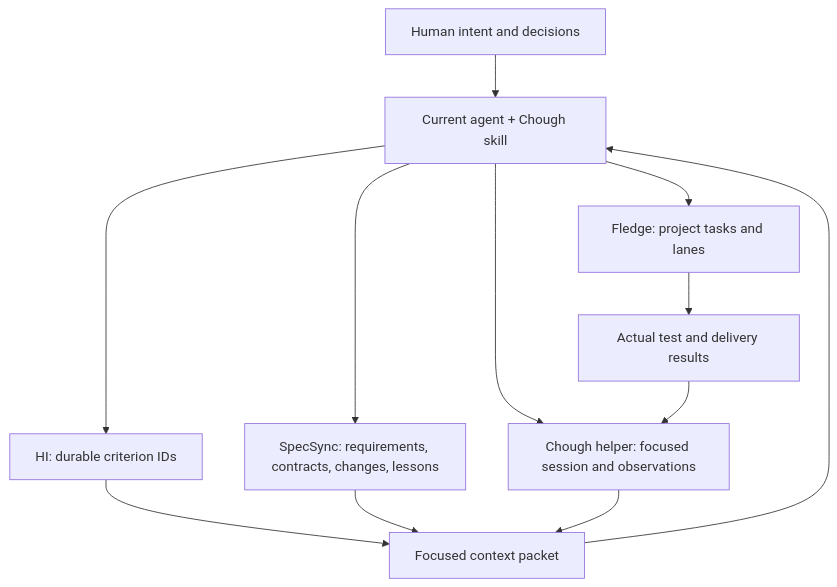
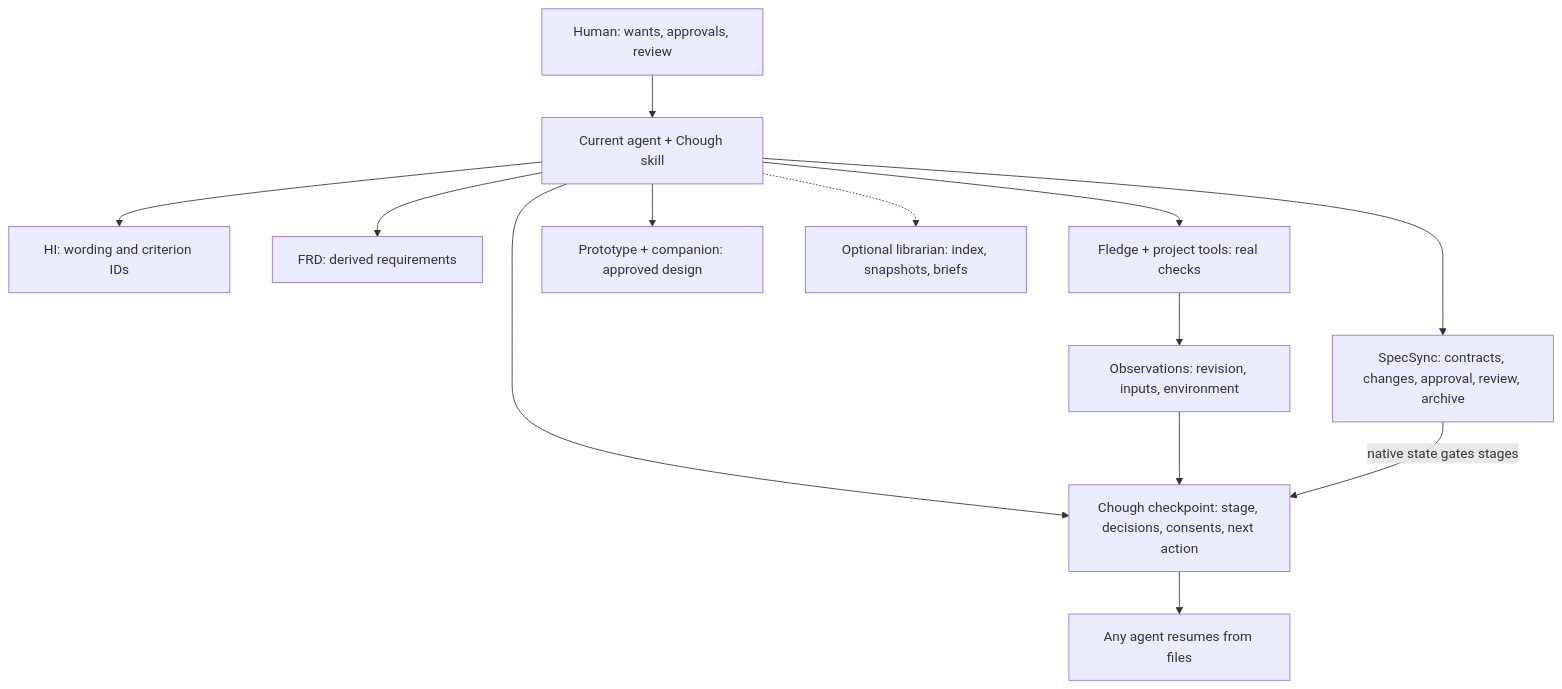
One commit to CorvidLabs/chough changed the diagram in docs/diagrams/ownership.mmd. Above: the diagram before and after it, drawn with Mermaid. The commit also changed 27 other files, not shown here.

```diff
--- a/docs/diagrams/ownership.mmd
+++ b/docs/diagrams/ownership.mmd
@@ -1,12 +1,13 @@
 flowchart TB
-    human["Human intent and decisions"] --> agent["Current agent + Chough skill"]
-    agent --> hi["HI: durable criterion IDs"]
-    agent --> spec["SpecSync: requirements, contracts, changes, lessons"]
-    agent --> fledge["Fledge: project tasks and lanes"]
-    agent --> helper["Chough helper: focused session and observations"]
-    hi --> context["Focused context packet"]
-    spec --> context
-    helper --> context
-    context --> agent
-    fledge --> results["Actual test and delivery results"]
-    results --> helper
+    human["Human: wants, approvals, review"] --> agent["Current agent + Chough skill"]
+    agent --> hi["HI: wording and criterion IDs"]
+    agent --> frd["FRD: derived requirements"]
+    agent --> spec["SpecSync: contracts, changes, approval, review, archive"]
+    agent --> fledge["Fledge + project tools: real checks"]
+    agent --> proto["Prototype + companion: approved design"]
+    agent --> chough["Chough checkpoint: stage, decisions, consents, next action"]
+    agent -.-> library["Optional librarian: index, snapshots, briefs"]
+    fledge --> evidence["Observations: revision, inputs, environment"]
+    evidence --> chough
+    spec -->|"native state gates stages"| chough
+    chough --> resume["Any agent resumes from files"]
```
